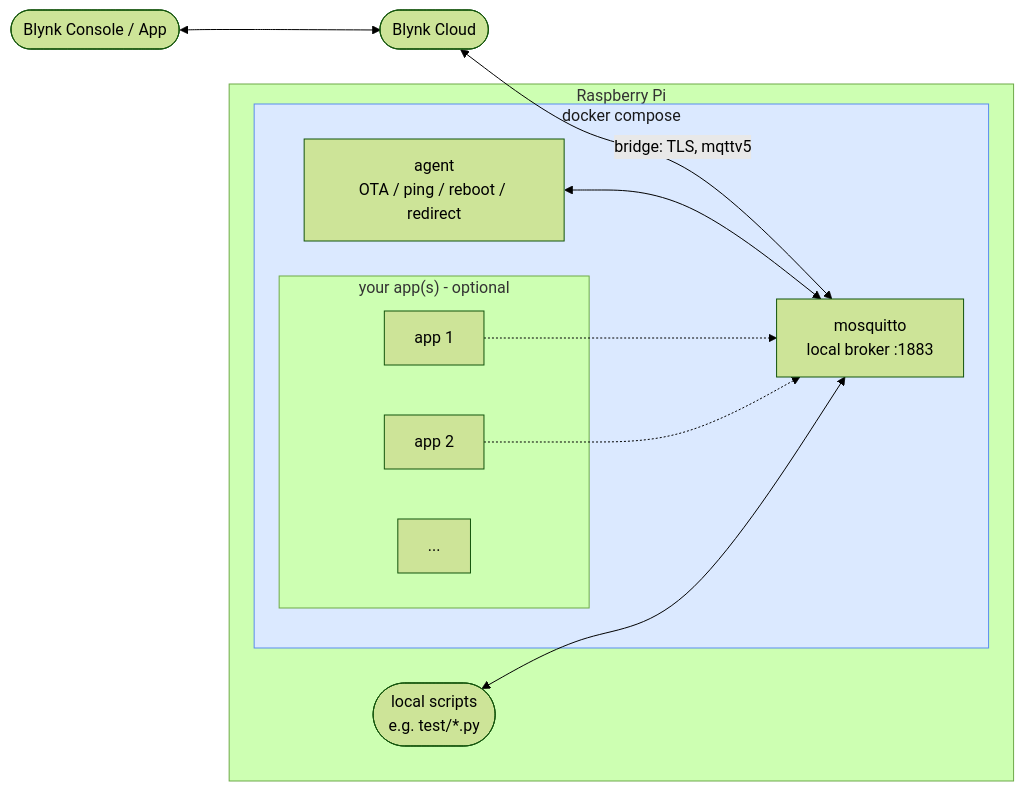
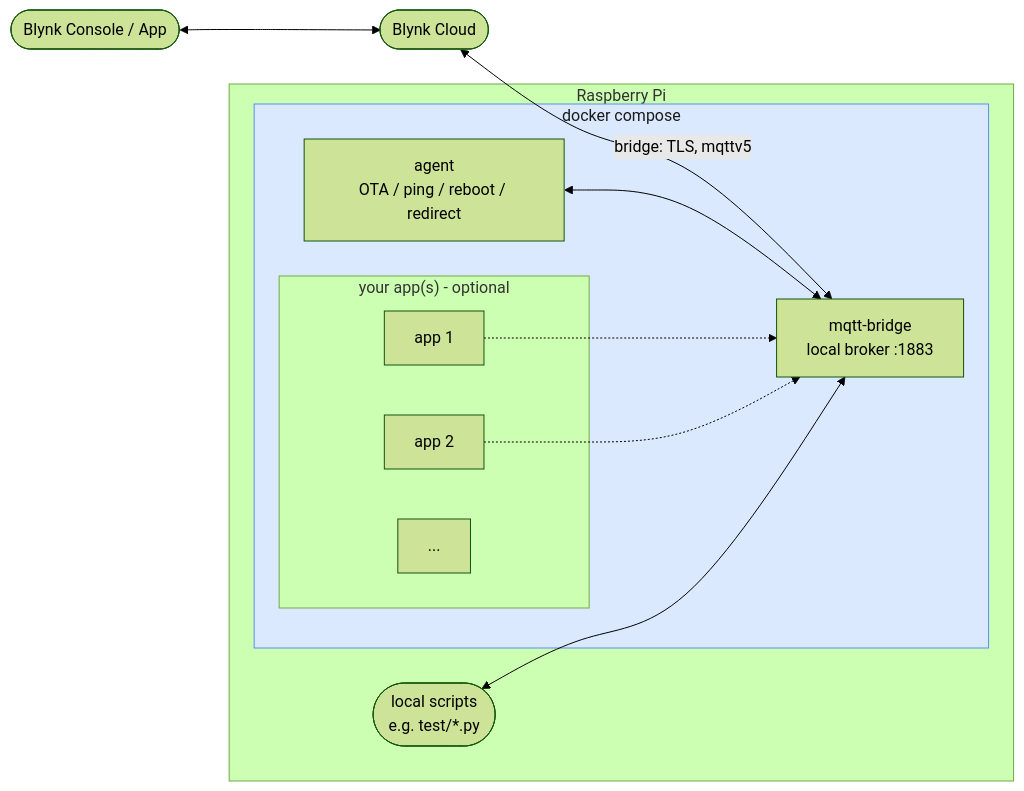
One commit to anthony-blynk/blynk-agent-raspberry-pi changed the diagram in README.md. Above: the diagram before and after it, drawn with Mermaid (forest theme). The commit also changed other lines of this file and 10 other files, not shown here.

First line of the commit message:
Rename project to Blynk Edge Agent, mosquitto to mqtt-bridge (2.0.0)

````diff
--- a/README.md
+++ b/README.md
@@ -19,27 +19,27 @@
 ```mermaid
 flowchart LR
     console(["Blynk Console / App"])
     cloud(["Blynk Cloud"])
 
     subgraph pi["Raspberry Pi"]
         subgraph compose["docker compose"]
-            mosquitto["mosquitto<br/>local broker :1883"]
+            mqttbridge["mqtt-bridge<br/>local broker :1883"]
             agent["agent<br/>OTA / ping / reboot / redirect"]
             subgraph apps["your app(s) - optional"]
                 app1["app 1"]
                 app2["app 2"]
                 appdots["..."]
             end
         end
         local(["local scripts<br/>e.g. test/*.py"])
     end
 
     console <--> cloud
-    cloud <-->|bridge: TLS, mqttv5| mosquitto
-    agent <--> mosquitto
-    app1 -.-> mosquitto
-    app2 -.-> mosquitto
-    local <--> mosquitto
+    cloud <-->|bridge: TLS, mqttv5| mqttbridge
+    agent <--> mqttbridge
+    app1 -.-> mqttbridge
+    app2 -.-> mqttbridge
+    local <--> mqttbridge
 
     style compose fill:#dbe9ff,stroke:#5b8def,color:#1a1a1a
 ```
````
